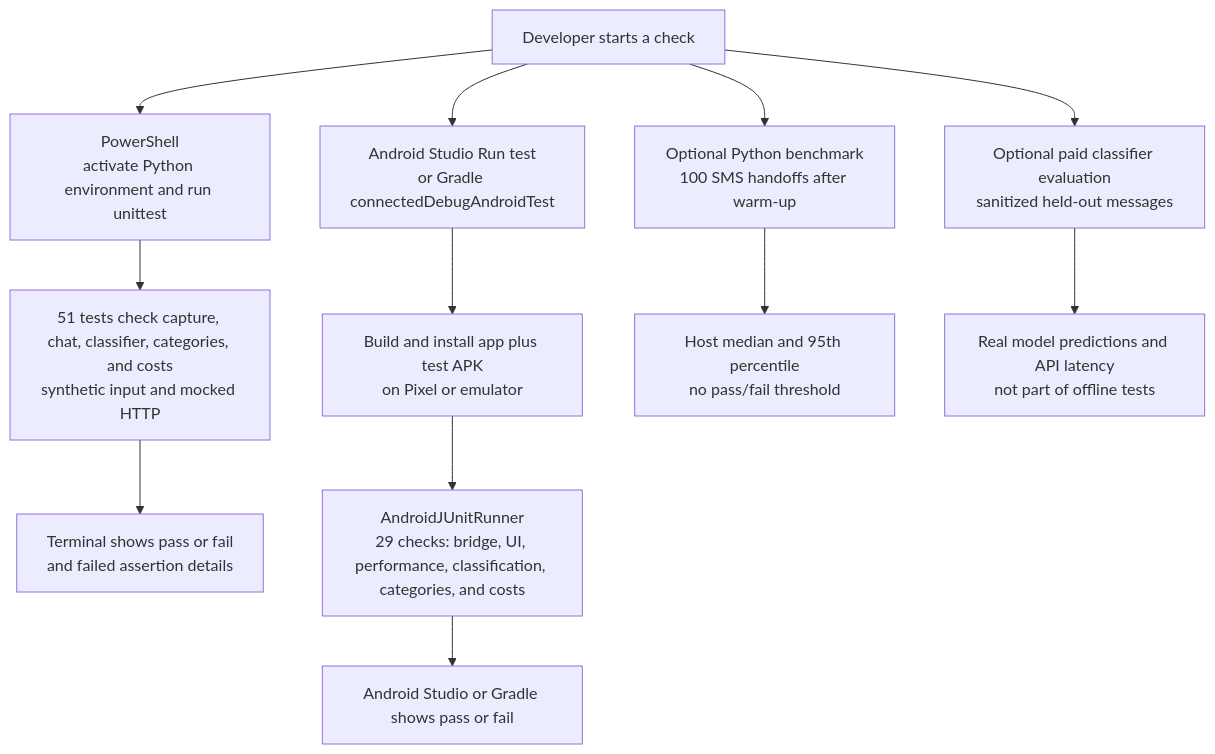
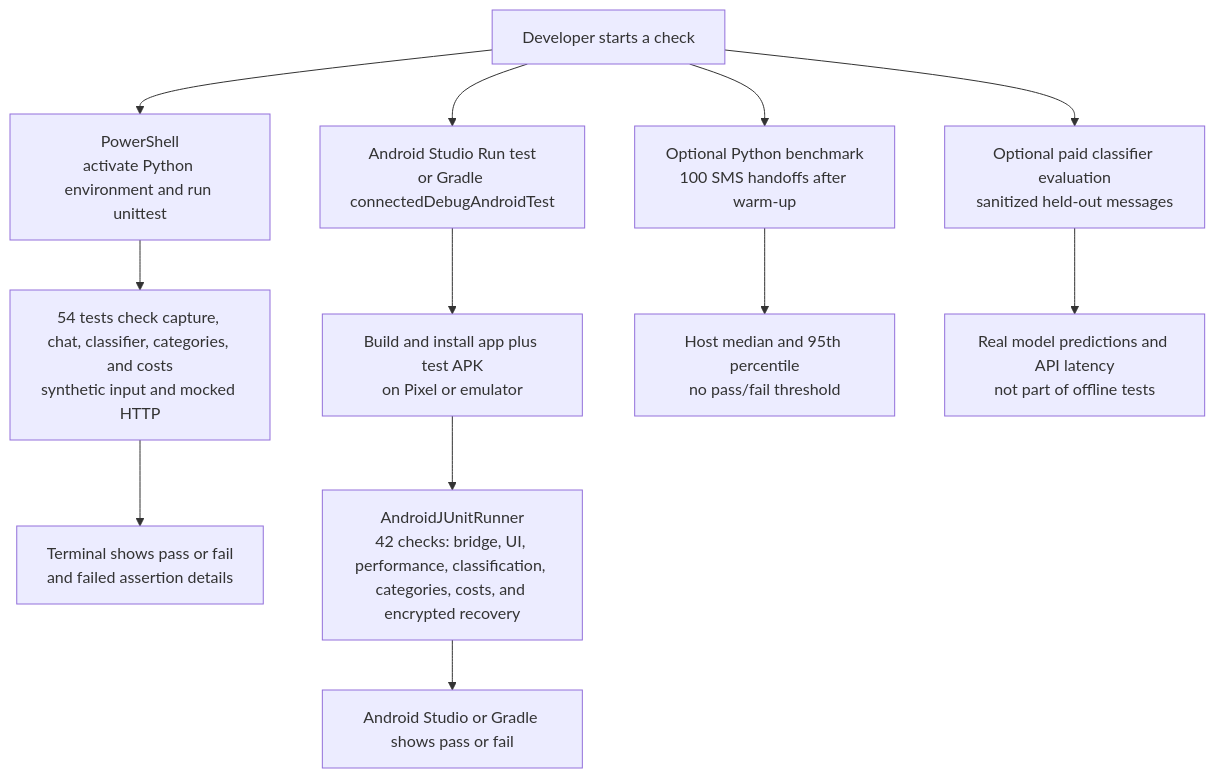
The second of 3 diagrams in README.md (Abijith97/expense-tracker-with-mcp), drawn with Mermaid before and after one commit. The commit also changed other lines of this file and 29 other files, not shown here.

````diff
--- a/README.md
+++ b/README.md
@@ -192,17 +214,17 @@
 ```mermaid
 flowchart TB
     Developer[Developer starts a check]
     Developer --> Shell[PowerShell<br/>activate Python environment and run unittest]
-    Shell --> UnitTests[51 tests check capture, chat, classifier, categories, and costs<br/>synthetic input and mocked HTTP]
+    Shell --> UnitTests[54 tests check capture, chat, classifier, categories, and costs<br/>synthetic input and mocked HTTP]
     UnitTests --> Terminal[Terminal shows pass or fail<br/>and failed assertion details]
 
     Developer --> Studio[Android Studio Run test<br/>or Gradle connectedDebugAndroidTest]
     Studio --> Install[Build and install app plus test APK<br/>on Pixel or emulator]
-    Install --> Runner[AndroidJUnitRunner<br/>29 checks: bridge, UI, performance, classification, categories, and costs]
+    Install --> Runner[AndroidJUnitRunner<br/>42 checks: bridge, UI, performance, classification, categories, costs, and encrypted recovery]
     Runner --> Results[Android Studio or Gradle shows pass or fail]
 
     Developer --> Benchmark[Optional Python benchmark<br/>100 SMS handoffs after warm-up]
     Benchmark --> Timing[Host median and 95th percentile<br/>no pass/fail threshold]
     Developer --> LiveEval[Optional paid classifier evaluation<br/>sanitized held-out messages]
     LiveEval --> Accuracy[Real model predictions and API latency<br/>not part of offline tests]
 ```
````
